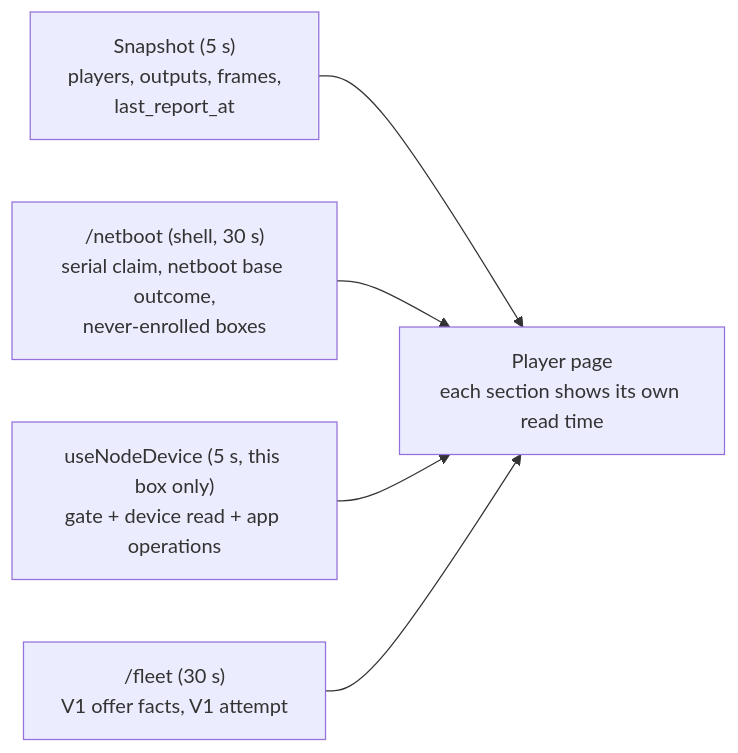
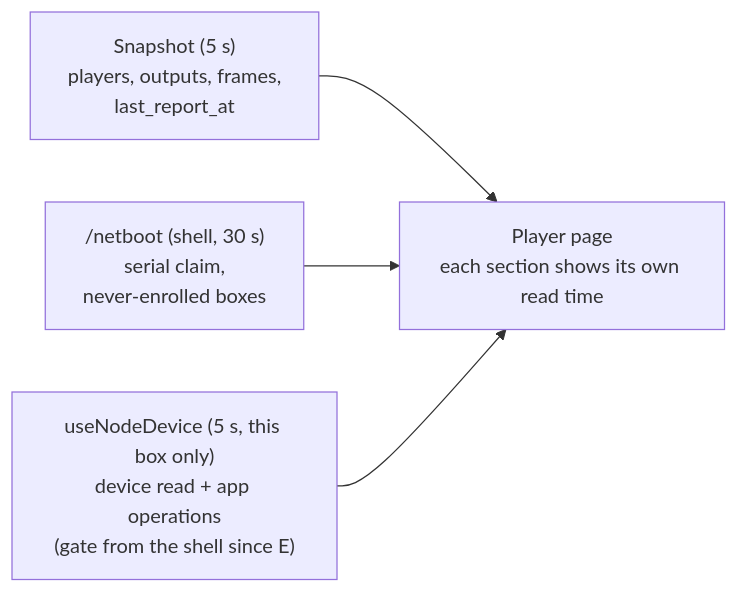
One commit to mcurcio/photo-wall changed the fourth of 13 diagrams in docs/operator-console-ddd.md. Above: the diagram before and after it, drawn with Mermaid. The commit also changed other lines of this file and 8 other files, not shown here.

````diff
--- a/docs/operator-console-ddd.md
+++ b/docs/operator-console-ddd.md
@@ -245,8 +245,7 @@
 ```mermaid
 flowchart LR
   SNAP["Snapshot (5 s)<br/>players, outputs, frames,<br/>last_report_at"] --> PAGE
-  BOOT["/netboot (shell, 30 s)<br/>serial claim, netboot base outcome,<br/>never-enrolled boxes"] --> PAGE
-  NODE["useNodeDevice (5 s, this box only)<br/>gate + device read + app operations"] --> PAGE
-  FLEET["/fleet (30 s)<br/>V1 offer facts, V1 attempt"] --> PAGE
+  BOOT["/netboot (shell, 30 s)<br/>serial claim,<br/>never-enrolled boxes"] --> PAGE
+  NODE["useNodeDevice (5 s, this box only)<br/>device read + app operations<br/>(gate from the shell since E)"] --> PAGE
   PAGE["Player page<br/>each section shows its own read time"]
 ```
````
